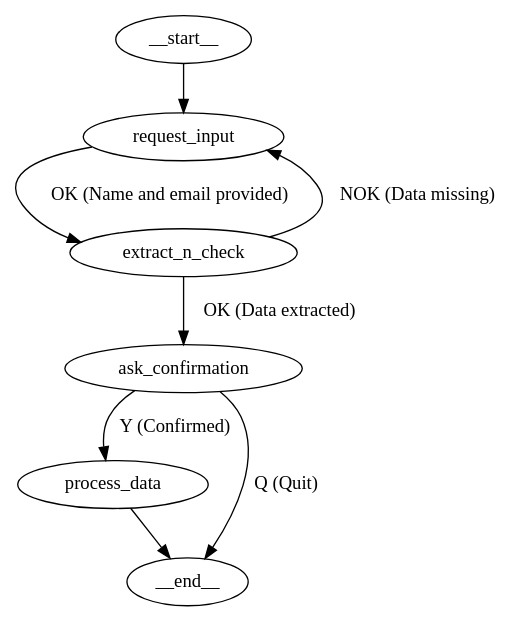
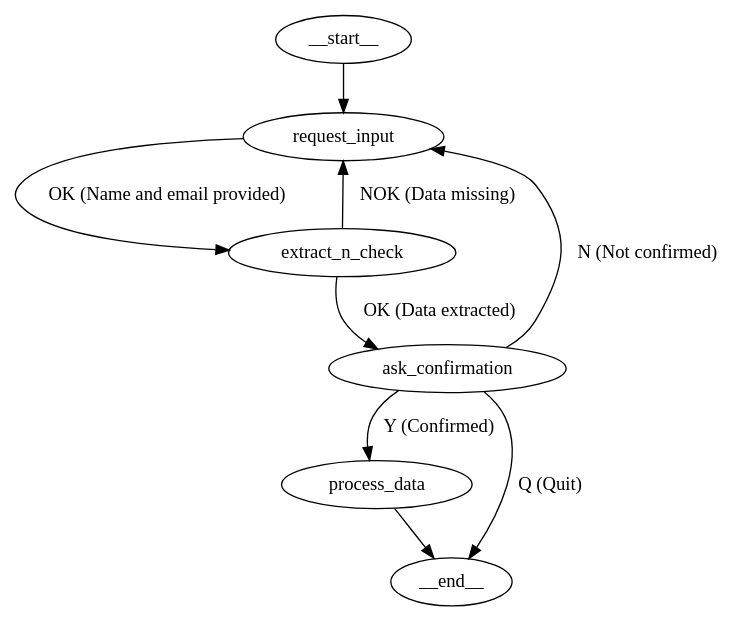
The diagram in workflow.dot (petarkabashki/workflow-automator), drawn with Graphviz before and after one commit. The commit also changed 1 other file, not shown here.

Commit message:
fix: Fix workflow loop on invalid input and 'not confirmed' path

```diff
--- a/workflow.dot
+++ b/workflow.dot
@@ -1,13 +1,13 @@
 strict digraph {
     __start__ -> request_input;
     request_input -> extract_n_check[label="OK (Name and email provided)"];
     // request_input -> request_input[label="NOK (Missing name or email)"];
     // request_input -> __end__[label="QUIT"]
 
     extract_n_check -> request_input[label="NOK (Data missing)"];
     extract_n_check -> ask_confirmation[label="OK (Data extracted)"];
     ask_confirmation -> process_data[label="Y (Confirmed)"];
-    // ask_confirmation -> request_input[label="N (Not confirmed)"];
+    ask_confirmation -> request_input[label="N (Not confirmed)"];
     ask_confirmation -> __end__[label="Q (Quit)"];
     process_data -> __end__;
 }
```
